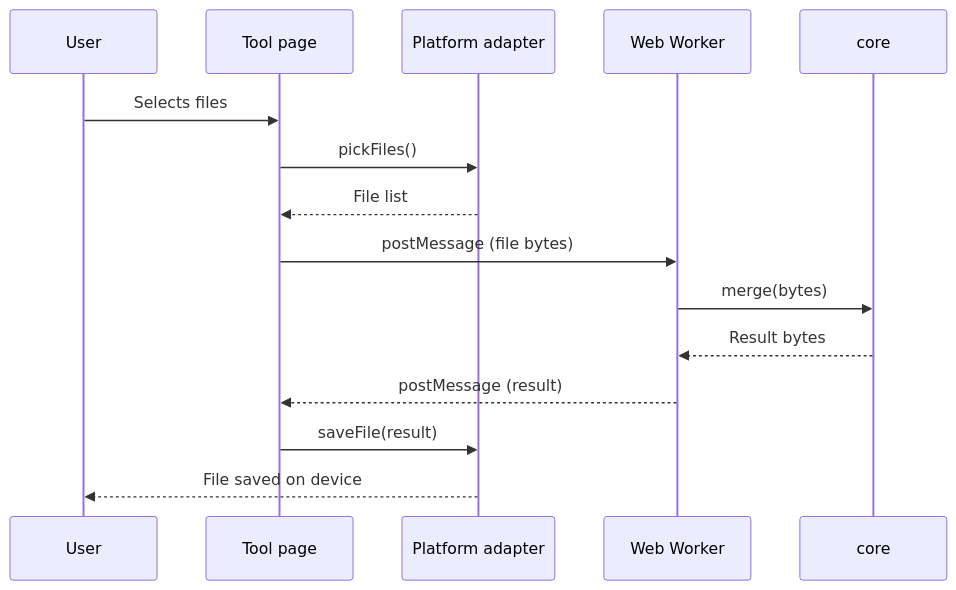
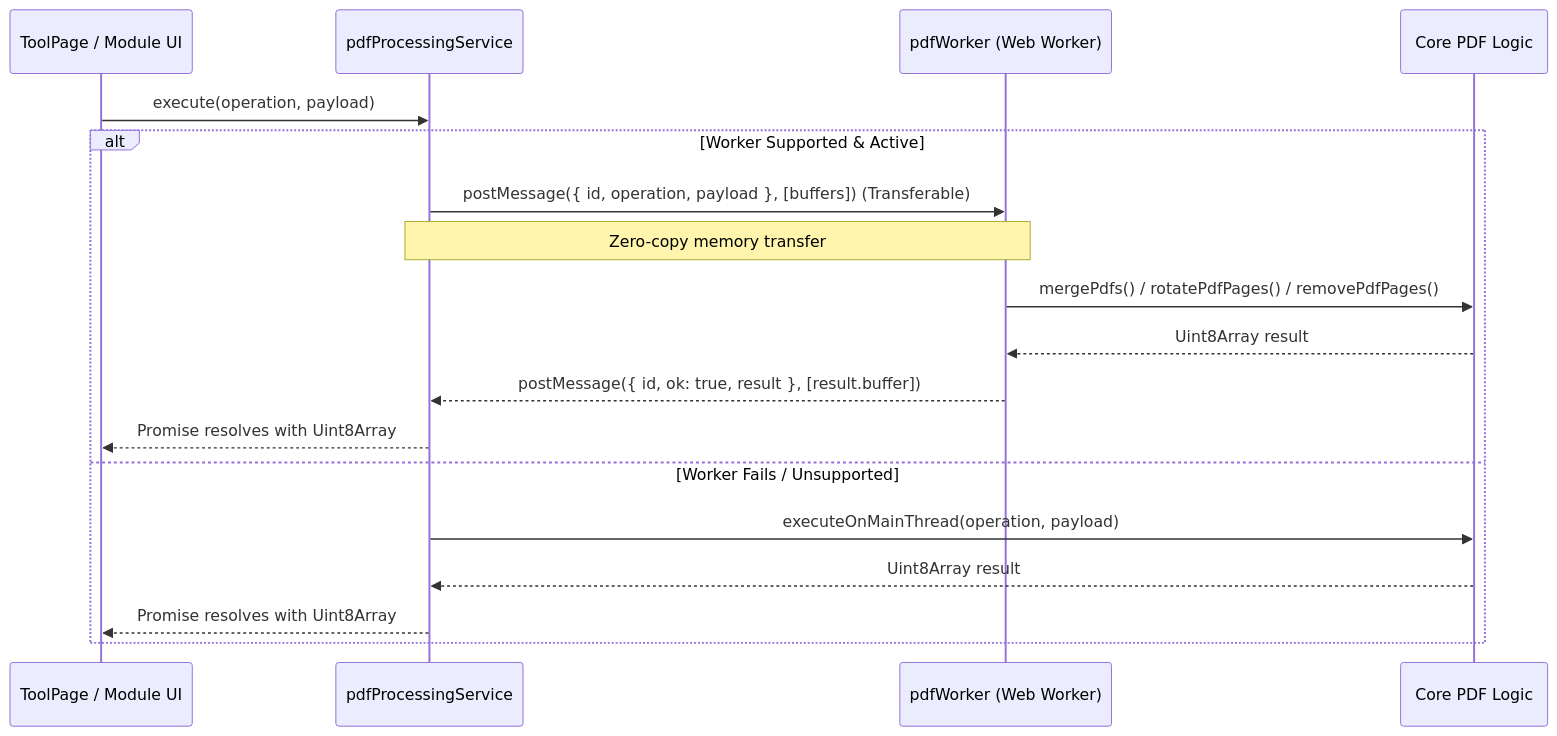
The second of 2 diagrams in docs/architecture.md (intabtools/intabpdf), drawn with Mermaid before and after one commit. The commit also changed other lines of this file and 75 other files, not shown here.

Commit message:
core: add local PDF processing and six PDF tools

````diff
--- a/docs/architecture.md
+++ b/docs/architecture.md
@@ -41,18 +93,21 @@
 ```mermaid
 sequenceDiagram
-    participant U as User
-    participant P as Tool page
-    participant A as Platform adapter
-    participant W as Web Worker
-    participant C as core
+    participant UI as ToolPage / Module UI
+    participant Svc as pdfProcessingService
+    participant W as pdfWorker (Web Worker)
+    participant Core as Core PDF Logic
 
-    U->>P: Selects files
-    P->>A: pickFiles()
-    A-->>P: File list
-    P->>W: postMessage (file bytes)
-    W->>C: merge(bytes)
-    C-->>W: Result bytes
-    W-->>P: postMessage (result)
-    P->>A: saveFile(result)
-    A-->>U: File saved on device
+    UI->>Svc: execute(operation, payload)
+    alt Worker Supported & Active
+        Svc->>W: postMessage({ id, operation, payload }, [buffers]) (Transferable)
+        Note over Svc,W: Zero-copy memory transfer
+        W->>Core: mergePdfs() / rotatePdfPages() / removePdfPages()
+        Core-->>W: Uint8Array result
+        W-->>Svc: postMessage({ id, ok: true, result }, [result.buffer])
+        Svc-->>UI: Promise resolves with Uint8Array
+    else Worker Fails / Unsupported
+        Svc->>Core: executeOnMainThread(operation, payload)
+        Core-->>Svc: Uint8Array result
+        Svc-->>UI: Promise resolves with Uint8Array
+    end
 ```
````
